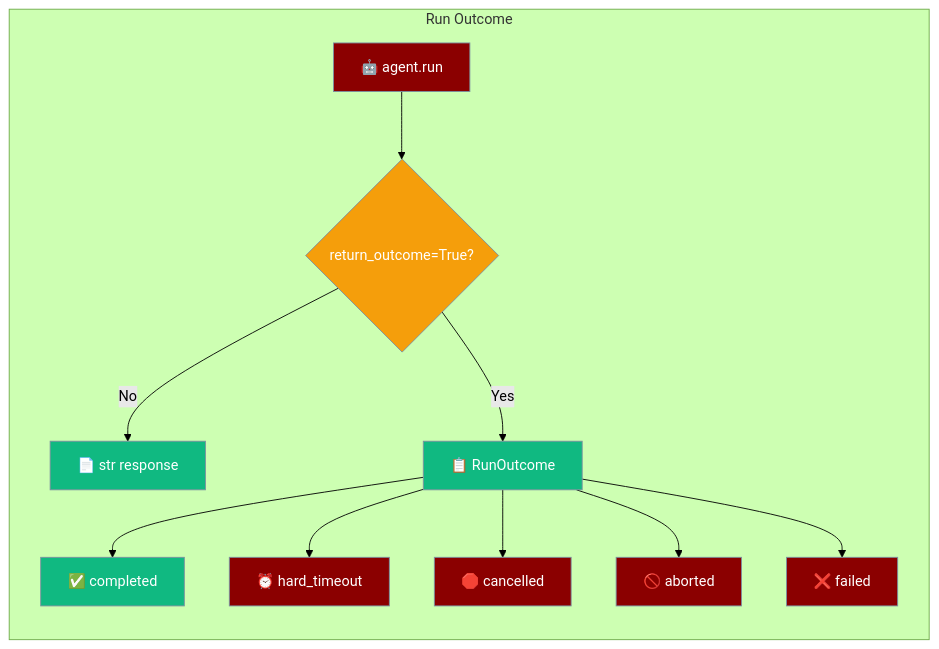
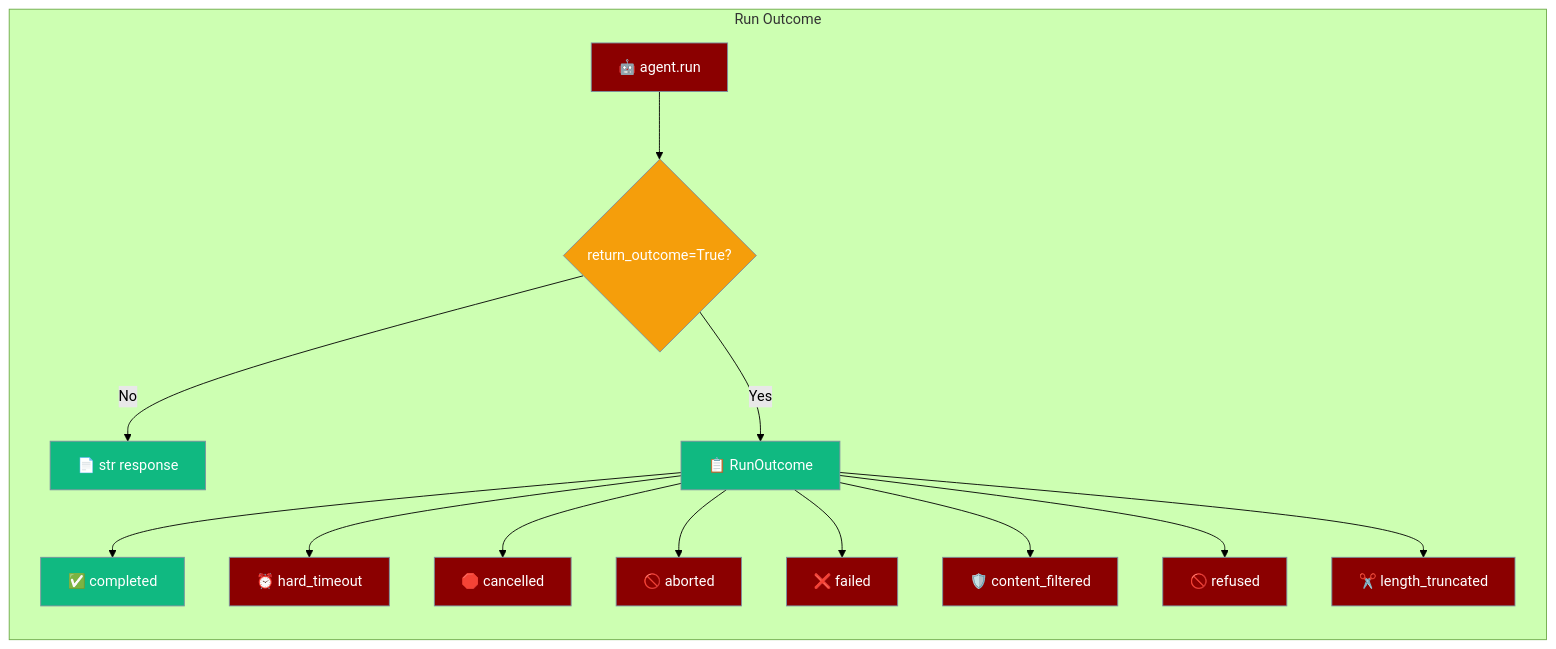
The first of 5 diagrams in docs/features/run-outcome.mdx (MervinPraison/PraisonAIDocs), drawn with Mermaid (forest theme) before and after one commit. The commit also changed other lines of this file and 10 other files, not shown here.

First line of the commit message:
docs: surface content_filtered / refused / length_truncated as terminal outcomes (fixes #3519)

````diff
--- a/docs/features/run-outcome.mdx
+++ b/docs/features/run-outcome.mdx
@@ -10,23 +10,26 @@
 ```mermaid
 graph LR
     subgraph "Run Outcome"
         Run[🤖 agent.run] --> Flag{return_outcome=True?}
         Flag -->|No| Str[📄 str response]
         Flag -->|Yes| Outcome[📋 RunOutcome]
         Outcome --> Completed[✅ completed]
         Outcome --> Timeout[⏰ hard_timeout]
         Outcome --> Cancelled[🛑 cancelled]
         Outcome --> Aborted[🚫 aborted]
         Outcome --> Failed[❌ failed]
+        Outcome --> CF[🛡️ content_filtered]
+        Outcome --> Ref[🚫 refused]
+        Outcome --> Len[✂️ length_truncated]
     end
 
     classDef agent fill:#8B0000,stroke:#7C90A0,color:#fff
     classDef choice fill:#F59E0B,stroke:#7C90A0,color:#fff
     classDef result fill:#10B981,stroke:#7C90A0,color:#fff
     classDef fail fill:#8B0000,stroke:#7C90A0,color:#fff
 
     class Run agent
     class Flag choice
     class Str,Completed,Outcome result
-    class Timeout,Cancelled,Aborted,Failed fail
+    class Timeout,Cancelled,Aborted,Failed,CF,Ref,Len fail
 ```
````
